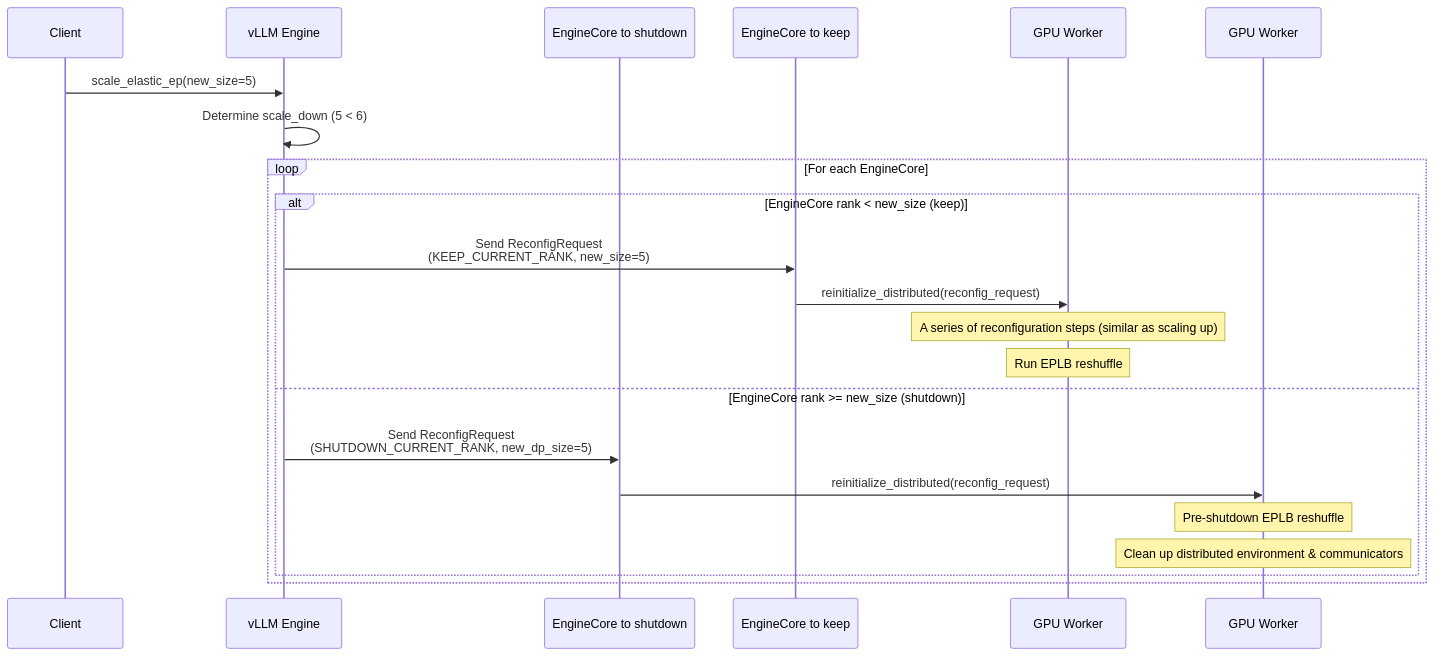
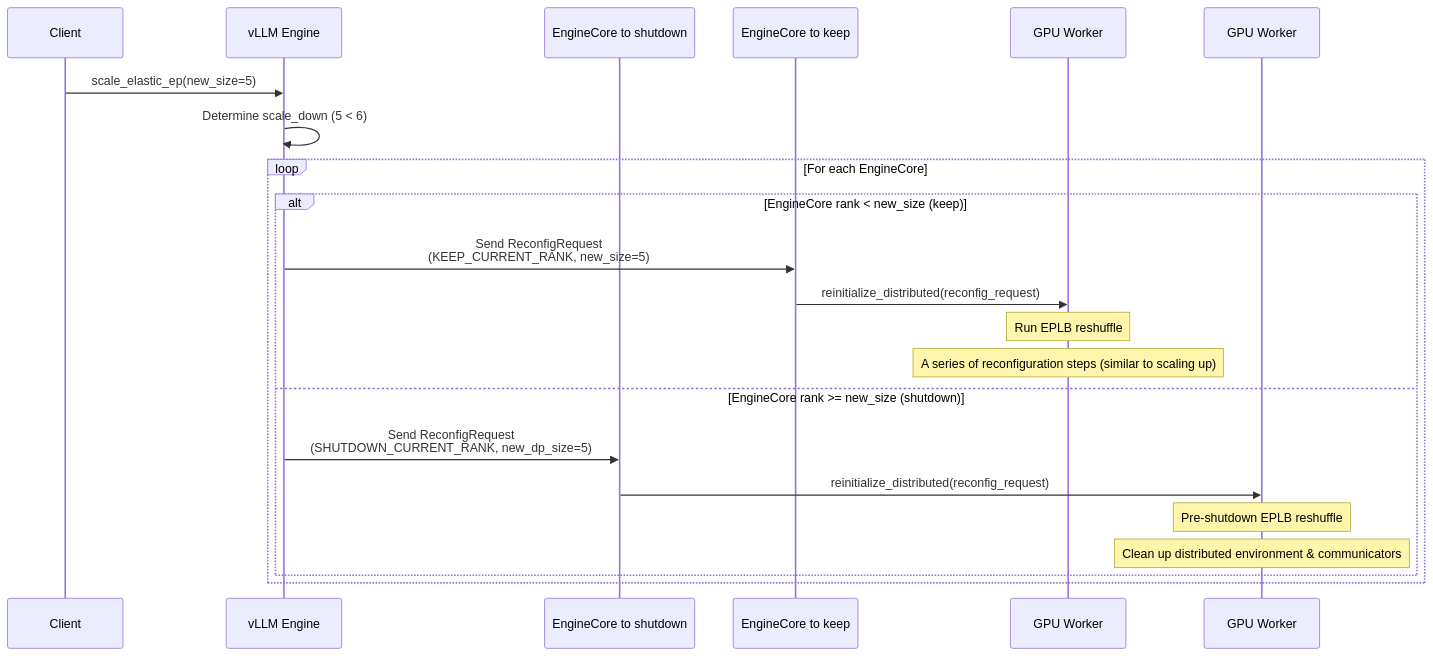
The diagram in detailed_scale_down_terminating.md (ruisearch42/vllm), drawn with Mermaid before and after one commit. The commit also changed 1 other file, not shown here.

````diff
--- a/detailed_scale_down_terminating.md
+++ b/detailed_scale_down_terminating.md
@@ -5,30 +5,30 @@
 ```mermaid
 sequenceDiagram
     participant Client as Client
     participant Engine as vLLM Engine
     participant ShutdownEngineCore as EngineCore to shutdown
     participant KeepEngineCore as EngineCore to keep
     participant Worker1 as GPU Worker
     participant Worker2 as GPU Worker
     
     Client->>Engine: scale_elastic_ep(new_size=5)
     Engine->>Engine: Determine scale_down (5 < 6)
     
     loop For each EngineCore
         alt EngineCore rank < new_size (keep)
             Engine->>KeepEngineCore: Send ReconfigRequest<br/>(KEEP_CURRENT_RANK, new_size=5)
             KeepEngineCore->>Worker1: reinitialize_distributed(reconfig_request)
-            
-            Note over Worker1: A series of reconfiguration steps (similar as scaling up)
+
             Note over Worker1: Run EPLB reshuffle
+            Note over Worker1: A series of reconfiguration steps (similar to scaling up)
             
         else EngineCore rank >= new_size (shutdown)
             Engine->>ShutdownEngineCore: Send ReconfigRequest<br/>(SHUTDOWN_CURRENT_RANK, new_dp_size=5)
             ShutdownEngineCore->>Worker2: reinitialize_distributed(reconfig_request)
             
             Note over Worker2: Pre-shutdown EPLB reshuffle
             Note over Worker2: Clean up distributed environment & communicators
             
         end
     end
 ```
````
